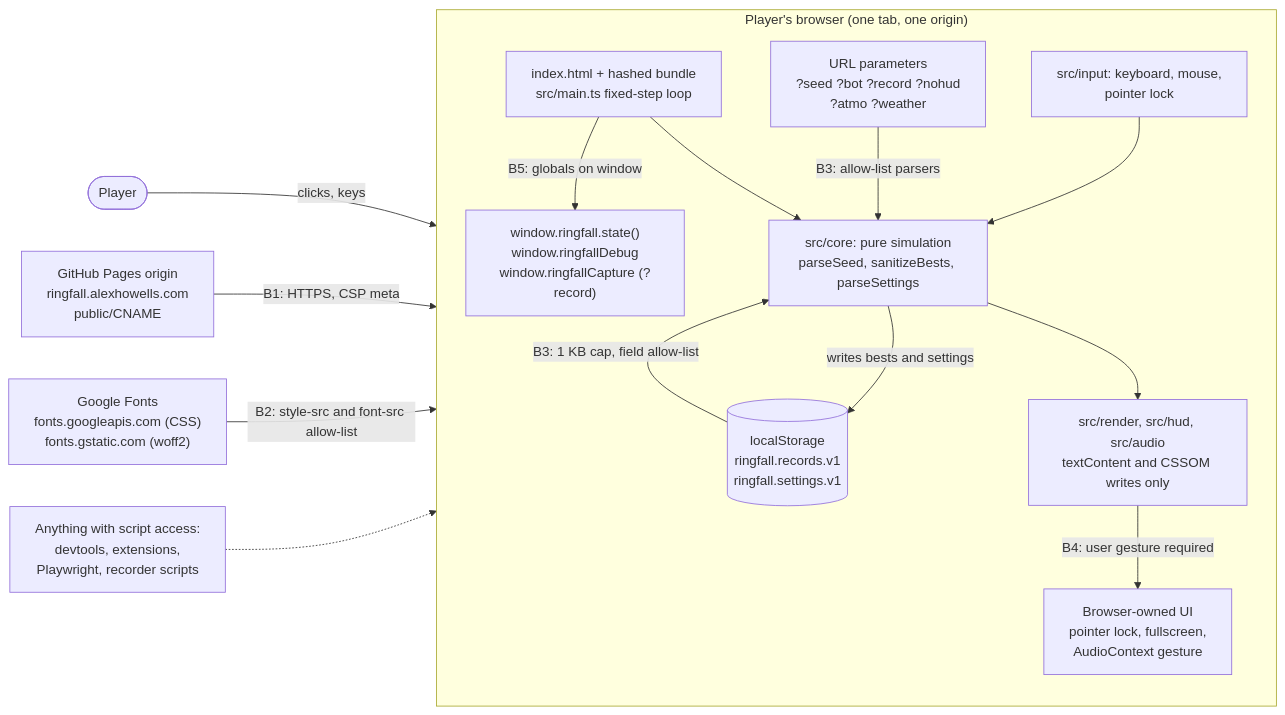
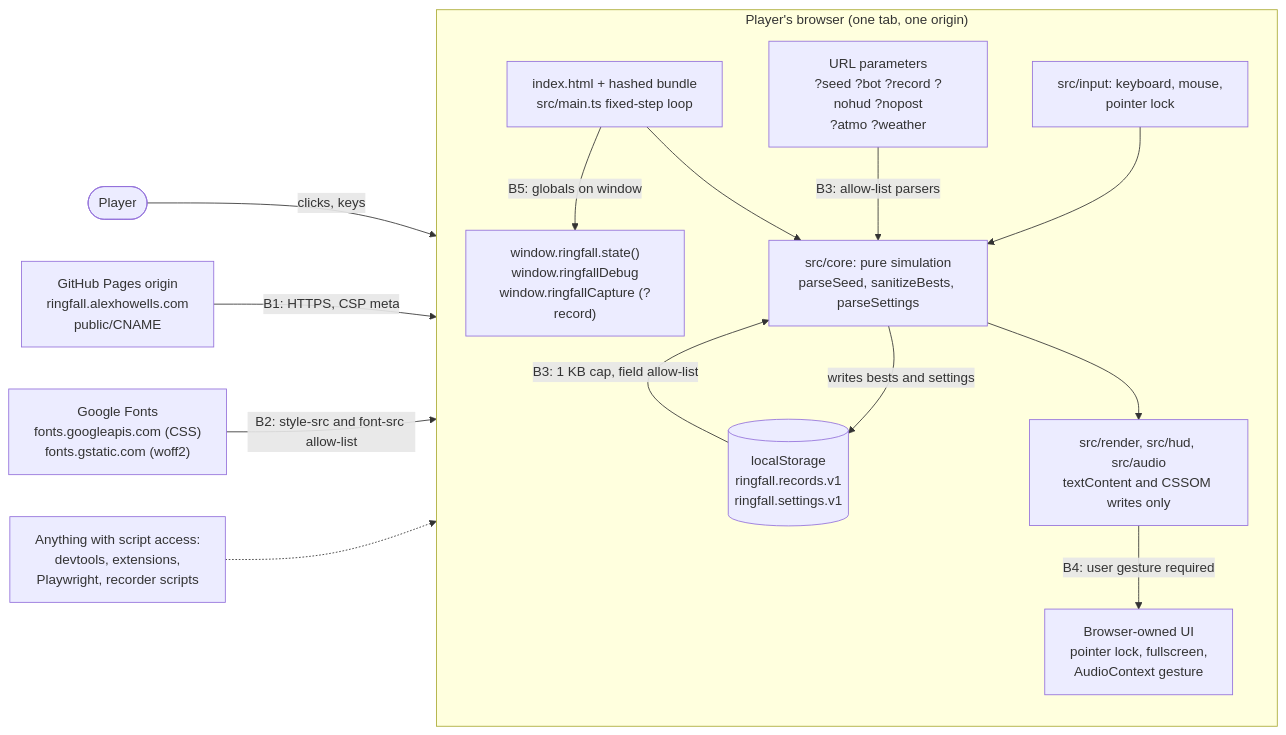
The first of 2 diagrams in docs/threat-model.md (agh/ringfall), drawn with Mermaid before and after one commit. The commit also changed other lines of this file and 24 other files, not shown here.

````diff
--- a/docs/threat-model.md
+++ b/docs/threat-model.md
@@ -47,32 +47,32 @@
 ```mermaid
 flowchart LR
   player(["Player"])
 
   subgraph browser["Player's browser (one tab, one origin)"]
     direction TB
     page["index.html + hashed bundle<br/>src/main.ts fixed-step loop"]
     core["src/core: pure simulation<br/>parseSeed, sanitizeBests, parseSettings"]
     present["src/render, src/hud, src/audio<br/>textContent and CSSOM writes only"]
     input["src/input: keyboard, mouse,<br/>pointer lock"]
     globals["window.ringfall.state()<br/>window.ringfallDebug<br/>window.ringfallCapture (?record)"]
     storage[("localStorage<br/>ringfall.records.v1<br/>ringfall.settings.v1")]
-    url["URL parameters<br/>?seed ?bot ?record ?nohud<br/>?atmo ?weather"]
+    url["URL parameters<br/>?seed ?bot ?record ?nohud ?nopost<br/>?atmo ?weather"]
     privileged["Browser-owned UI<br/>pointer lock, fullscreen,<br/>AudioContext gesture"]
   end
 
   pages["GitHub Pages origin<br/>ringfall.alexhowells.com<br/>public/CNAME"]
   fonts["Google Fonts<br/>fonts.googleapis.com (CSS)<br/>fonts.gstatic.com (woff2)"]
   scripts["Anything with script access:<br/>devtools, extensions,<br/>Playwright, recorder scripts"]
 
   player -->|clicks, keys| input
   pages -->|"B1: HTTPS, CSP meta"| page
   fonts -->|"B2: style-src and font-src allow-list"| page
   url -->|"B3: allow-list parsers"| core
   storage -->|"B3: 1 KB cap, field allow-list"| core
   page --> core --> present
   input --> core
   present -->|"B4: user gesture required"| privileged
   page -->|"B5: globals on window"| globals
   scripts -.-> globals
   core -->|writes bests and settings| storage
 ```
````
